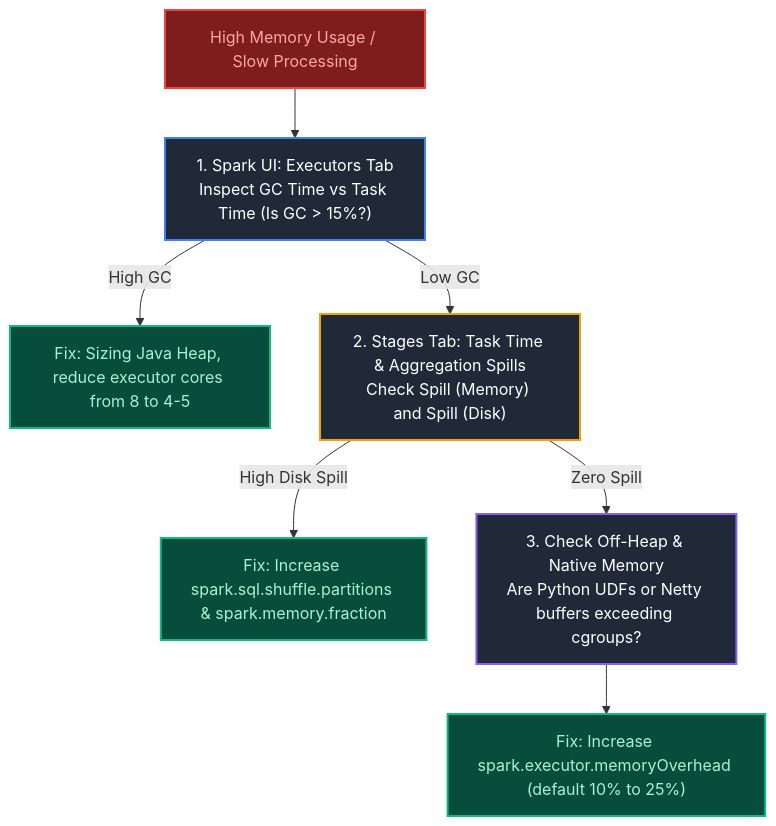
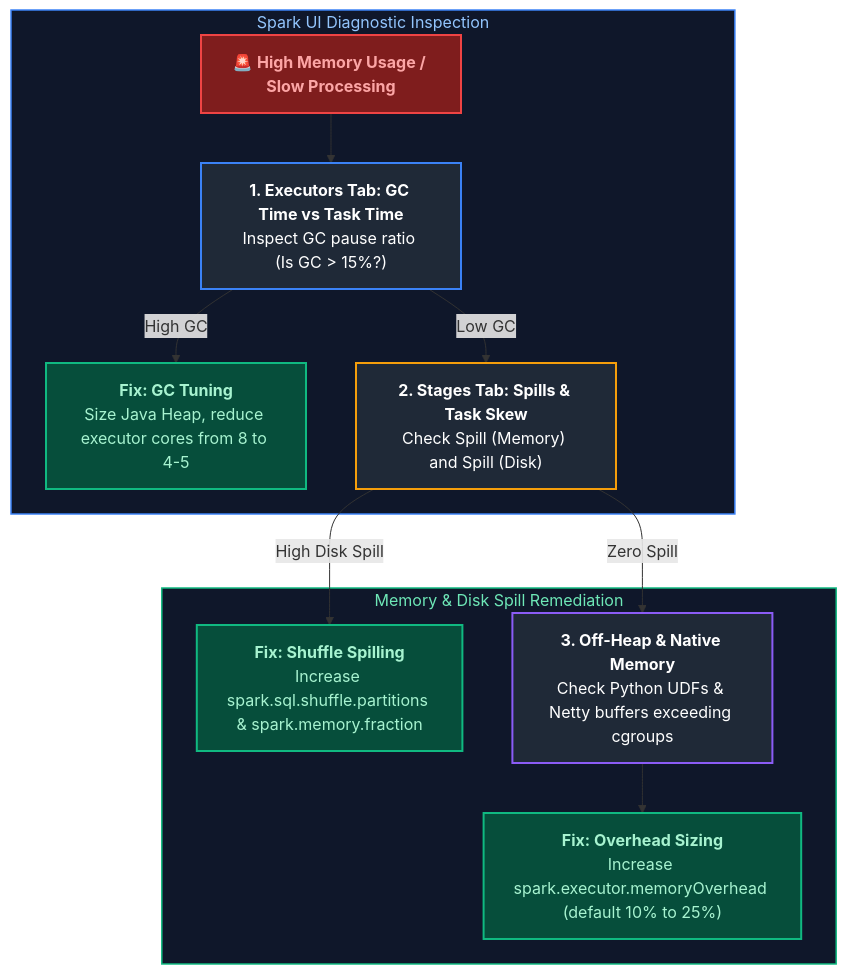
Before and after one commit to joydeep-biswas/Interview-Preparation: diagram 13 of 21 in Data Engineering/frequently_asked_questions/05_apache_spark_and_pyspark_faq.md, drawn with Mermaid. The commit also changed other lines of this file and 178 other files, not shown here.

````diff
--- a/Data Engineering/frequently_asked_questions/05_apache_spark_and_pyspark_faq.md
+++ b/Data Engineering/frequently_asked_questions/05_apache_spark_and_pyspark_faq.md
@@ -1381,17 +1390,24 @@
 ```mermaid
 flowchart TD
-    Issue["High Memory Usage / Slow Processing"] --> S1["1. Spark UI: Executors Tab<br/>Inspect GC Time vs Task Time (Is GC > 15%?)"]
-    S1 -->|High GC| F1["Fix: Sizing Java Heap, reduce executor cores from 8 to 4-5"]
-    S1 -->|Low GC| S2["2. Stages Tab: Task Time & Aggregation Spills<br/>Check Spill (Memory) and Spill (Disk)"]
-    S2 -->|High Disk Spill| F2["Fix: Increase spark.sql.shuffle.partitions & spark.memory.fraction"]
-    S2 -->|Zero Spill| S3["3. Check Off-Heap & Native Memory<br/>Are Python UDFs or Netty buffers exceeding cgroups?"]
-    S3 --> F3["Fix: Increase spark.executor.memoryOverhead (default 10% to 25%)"]
+    subgraph DiagnosticTriage ["Spark UI Diagnostic Inspection"]
+        Issue["🚨 <b>High Memory Usage / Slow Processing</b>"] --> S1["<b>1. Executors Tab: GC Time vs Task Time</b><br/>Inspect GC pause ratio (Is GC > 15%?)"]
+        S1 -->|High GC| F1["<b>Fix: GC Tuning</b><br/>Size Java Heap, reduce executor cores from 8 to 4-5"]
+        S1 -->|Low GC| S2["<b>2. Stages Tab: Spills & Task Skew</b><br/>Check Spill (Memory) and Spill (Disk)"]
+    end
 
+    subgraph MemoryRemediation ["Memory & Disk Spill Remediation"]
+        S2 -->|High Disk Spill| F2["<b>Fix: Shuffle Spilling</b><br/>Increase spark.sql.shuffle.partitions & spark.memory.fraction"]
+        S2 -->|Zero Spill| S3["<b>3. Off-Heap & Native Memory</b><br/>Check Python UDFs & Netty buffers exceeding cgroups"]
+        S3 --> F3["<b>Fix: Overhead Sizing</b><br/>Increase spark.executor.memoryOverhead (default 10% to 25%)"]
+    end
+
+    style DiagnosticTriage fill:#0f172a,stroke:#3b82f6,stroke-width:1.5px,color:#93c5fd
+    style MemoryRemediation fill:#0f172a,stroke:#10b981,stroke-width:1.5px,color:#6ee7b7
     style Issue fill:#7f1d1d,stroke:#ef4444,stroke-width:2px,color:#fca5a5
     style S1 fill:#1f2937,stroke:#3b82f6,stroke-width:2px,color:#fff
     style S2 fill:#1f2937,stroke:#f59e0b,stroke-width:2px,color:#fff
     style S3 fill:#1f2937,stroke:#8b5cf6,stroke-width:2px,color:#fff
     style F1 fill:#064e3b,stroke:#10b981,stroke-width:2px,color:#a7f3d0
     style F2 fill:#064e3b,stroke:#10b981,stroke-width:2px,color:#a7f3d0
     style F3 fill:#064e3b,stroke:#10b981,stroke-width:2px,color:#a7f3d0
 ```
````
